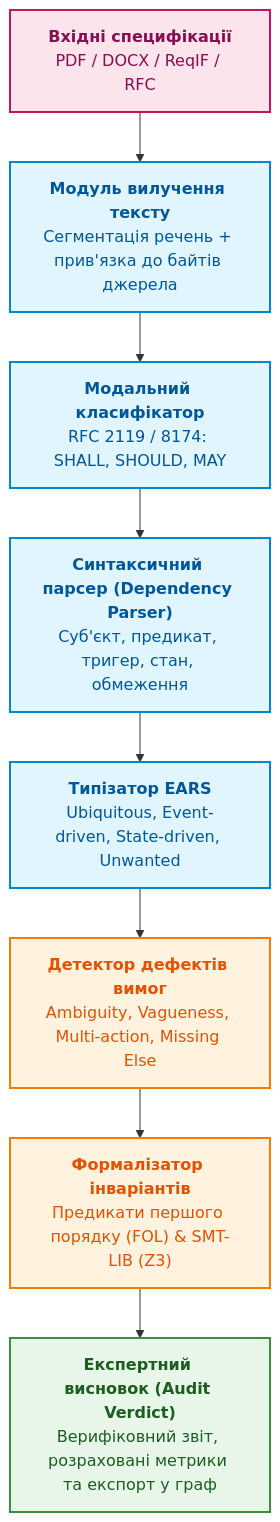
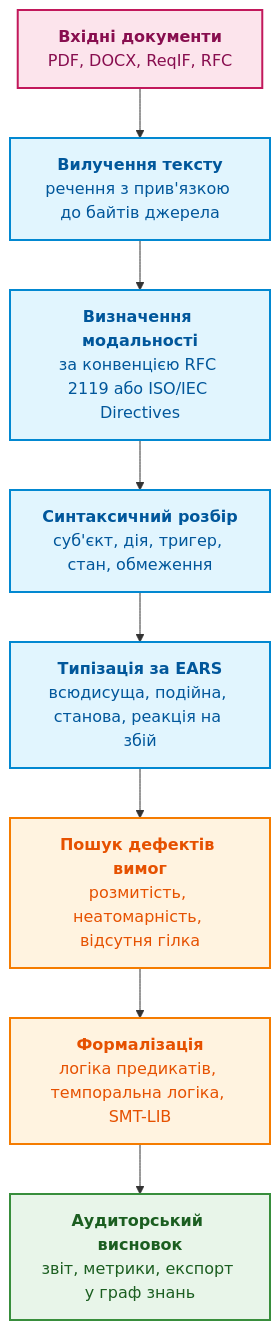
One commit to nick-fedchik/articles changed the first of 4 diagrams in ExpertSystem/ch14-requirements-detection-and-formalization.md. Above: the diagram before and after it, drawn with Mermaid. The commit also changed other lines of this file, not shown here.

````diff
--- a/ExpertSystem/ch14-requirements-detection-and-formalization.md
+++ b/ExpertSystem/ch14-requirements-detection-and-formalization.md
@@ -32,23 +17,23 @@
 ```mermaid
 flowchart TD
     accTitle: Конвеєр детекції вимог та компіляції інваріантів
-    accDescr: Схема трансформації нормативного тексту специфікацій через модальний парсинг і EARS-типізацію у формальні інваріанти та експертний висновок.
+    accDescr: Нормативний текст проходить через вилучення речень, визначення модальності, синтаксичний розбір, типізацію за EARS, пошук дефектів і формалізацію до аудиторського висновку.
 
-    Doc["<b>Вхідні специфікації</b><br/>PDF / DOCX / ReqIF / RFC"] --> Extr["<b>Модуль вилучення тексту</b><br/>Сегментація речень + прив'язка до байтів джерела"]
-    Extr --> Modal["<b>Модальний класифікатор</b><br/>RFC 2119 / 8174: SHALL, SHOULD, MAY"]
-    Modal --> Syntax["<b>Синтаксичний парсер (Dependency Parser)</b><br/>Суб'єкт, предикат, тригер, стан, обмеження"]
-    Syntax --> EARS["<b>Типізатор EARS</b><br/>Ubiquitous, Event-driven, State-driven, Unwanted"]
-    EARS --> Smell["<b>Детектор дефектів вимог</b><br/>Ambiguity, Vagueness, Multi-action, Missing Else"]
-    Smell --> Formal["<b>Формалізатор інваріантів</b><br/>Предикати першого порядку (FOL) & SMT-LIB (Z3)"]
-    Formal --> Audit["<b>Експертний висновок (Audit Verdict)</b><br/>Верифіковний звіт, розраховані метрики та експорт у граф"]
+    Doc["<b>Вхідні документи</b><br/>PDF, DOCX, ReqIF, RFC"] --> Extr["<b>Вилучення тексту</b><br/>речення з прив'язкою до байтів джерела"]
+    Extr --> Modal["<b>Визначення модальності</b><br/>за конвенцією RFC 2119 або ISO/IEC Directives"]
+    Modal --> Syntax["<b>Синтаксичний розбір</b><br/>суб'єкт, дія, тригер, стан, обмеження"]
+    Syntax --> EARS["<b>Типізація за EARS</b><br/>всюдисуща, подійна, станова, реакція на збій"]
+    EARS --> Smell["<b>Пошук дефектів вимог</b><br/>розмитість, неатомарність, відсутня гілка"]
+    Smell --> Formal["<b>Формалізація</b><br/>логіка предикатів, темпоральна логіка, SMT-LIB"]
+    Formal --> Audit["<b>Аудиторський висновок</b><br/>звіт, метрики, експорт у граф знань"]
 
     classDef src fill:#fce4ec,stroke:#c2185b,stroke-width:2px,color:#880e4f;
     classDef proc fill:#e1f5fe,stroke:#0288d1,stroke-width:2px,color:#01579b;
     classDef check fill:#fff3e0,stroke:#f57c00,stroke-width:2px,color:#e65100;
     classDef ok fill:#e8f5e9,stroke:#388e3c,stroke-width:2px,color:#1b5e20;
 
     class Doc src;
     class Extr,Modal,Syntax,EARS proc;
     class Smell,Formal check;
     class Audit ok;
 ```
````
